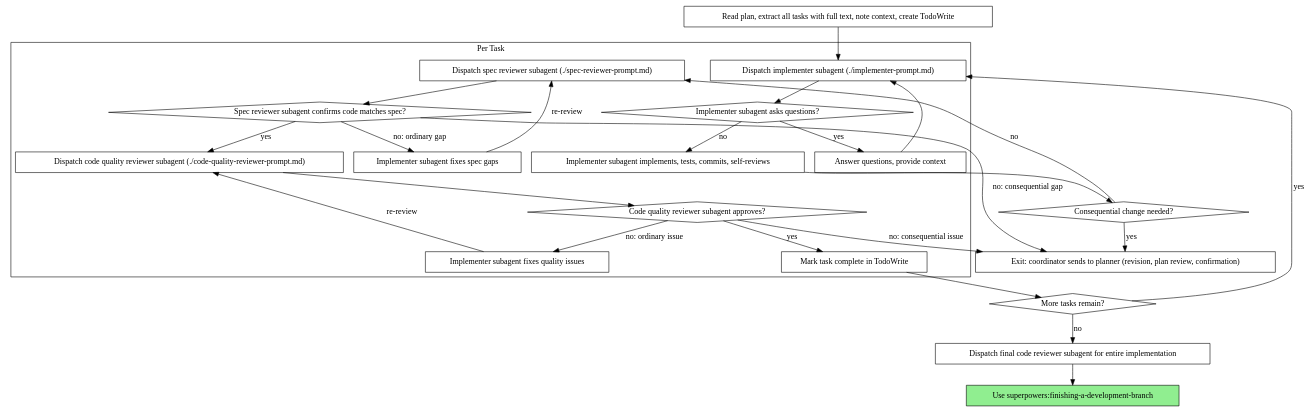
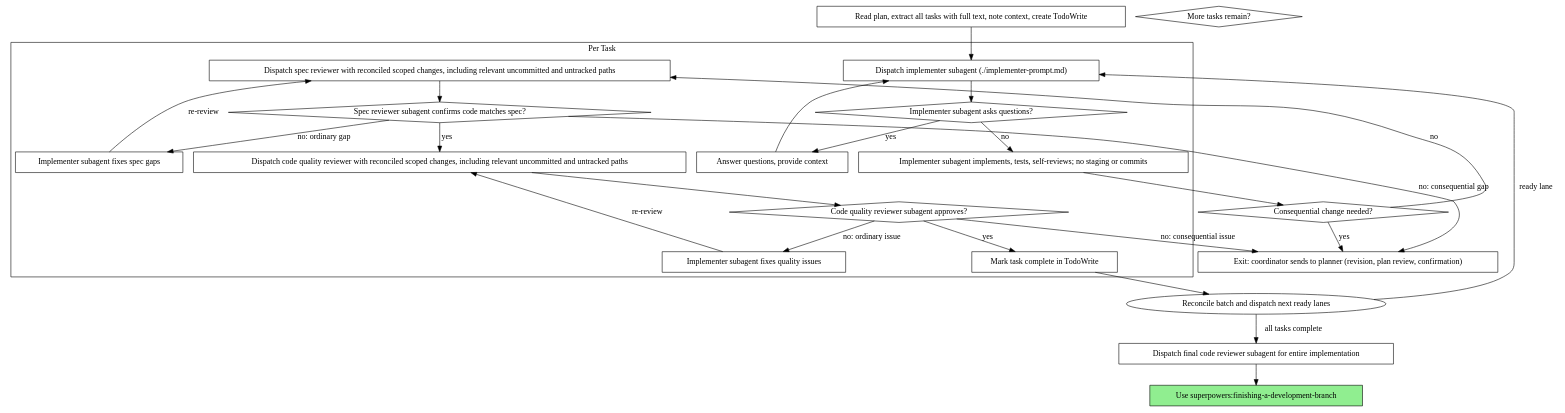
One commit to ninjasitm/ai-assisted-dev-toolkit changed the second of 2 diagrams in src/monorepo/.agents/skills/subagent-driven-development/SKILL.md. Above: the diagram before and after it, drawn with Graphviz. The commit also changed other lines of this file and 36 other files, not shown here.

````diff
--- a/src/monorepo/.agents/skills/subagent-driven-development/SKILL.md
+++ b/src/monorepo/.agents/skills/subagent-driven-development/SKILL.md
@@ -45,51 +51,51 @@
 ```dot
 digraph process {
     rankdir=TB;
 
     subgraph cluster_per_task {
         label="Per Task";
         "Dispatch implementer subagent (./implementer-prompt.md)" [shape=box];
         "Implementer subagent asks questions?" [shape=diamond];
         "Answer questions, provide context" [shape=box];
-        "Implementer subagent implements, tests, commits, self-reviews" [shape=box];
-        "Dispatch spec reviewer subagent (./spec-reviewer-prompt.md)" [shape=box];
+        "Implementer subagent implements, tests, self-reviews; no staging or commits" [shape=box];
+        "Dispatch spec reviewer with reconciled scoped changes, including relevant uncommitted and untracked paths" [shape=box];
         "Spec reviewer subagent confirms code matches spec?" [shape=diamond];
         "Implementer subagent fixes spec gaps" [shape=box];
-        "Dispatch code quality reviewer subagent (./code-quality-reviewer-prompt.md)" [shape=box];
+        "Dispatch code quality reviewer with reconciled scoped changes, including relevant uncommitted and untracked paths" [shape=box];
         "Code quality reviewer subagent approves?" [shape=diamond];
         "Implementer subagent fixes quality issues" [shape=box];
         "Mark task complete in TodoWrite" [shape=box];
     }
 
     "Read plan, extract all tasks with full text, note context, create TodoWrite" [shape=box];
     "More tasks remain?" [shape=diamond];
     "Dispatch final code reviewer subagent for entire implementation" [shape=box];
     "Use superpowers:finishing-a-development-branch" [shape=box style=filled fillcolor=lightgreen];
 
     "Consequential change needed?" [shape=diamond];
     "Exit: coordinator sends to planner (revision, plan review, confirmation)" [shape=box];
 
     "Read plan, extract all tasks with full text, note context, create TodoWrite" -> "Dispatch implementer subagent (./implementer-prompt.md)";
     "Dispatch implementer subagent (./implementer-prompt.md)" -> "Implementer subagent asks questions?";
     "Implementer subagent asks questions?" -> "Answer questions, provide context" [label="yes"];
     "Answer questions, provide context" -> "Dispatch implementer subagent (./implementer-prompt.md)";
-    "Implementer subagent asks questions?" -> "Implementer subagent implements, tests, commits, self-reviews" [label="no"];
-    "Implementer subagent implements, tests, commits, self-reviews" -> "Consequential change needed?";
+    "Implementer subagent asks questions?" -> "Implementer subagent implements, tests, self-reviews; no staging or commits" [label="no"];
+    "Implementer subagent implements, tests, self-reviews; no staging or commits" -> "Consequential change needed?";
     "Consequential change needed?" -> "Exit: coordinator sends to planner (revision, plan review, confirmation)" [label="yes"];
-    "Consequential change needed?" -> "Dispatch spec reviewer subagent (./spec-reviewer-prompt.md)" [label="no"];
-    "Dispatch spec reviewer subagent (./spec-reviewer-prompt.md)" -> "Spec reviewer subagent confirms code matches spec?";
+    "Consequential change needed?" -> "Dispatch spec reviewer with reconciled scoped changes, including relevant uncommitted and untracked paths" [label="no"];
+    "Dispatch spec reviewer with reconciled scoped changes, including relevant uncommitted and untracked paths" -> "Spec reviewer subagent confirms code matches spec?";
     "Spec reviewer subagent confirms code matches spec?" -> "Implementer subagent fixes spec gaps" [label="no: ordinary gap"];
     "Spec reviewer subagent confirms code matches spec?" -> "Exit: coordinator sends to planner (revision, plan review, confirmation)" [label="no: consequential gap"];
-    "Implementer subagent fixes spec gaps" -> "Dispatch spec reviewer subagent (./spec-reviewer-prompt.md)" [label="re-review"];
-    "Spec reviewer subagent confirms code matches spec?" -> "Dispatch code quality reviewer subagent (./code-quality-reviewer-prompt.md)" [label="yes"];
-    "Dispatch code quality reviewer subagent (./code-quality-reviewer-prompt.md)" -> "Code quality reviewer subagent approves?";
+    "Implementer subagent fixes spec gaps" -> "Dispatch spec reviewer with reconciled scoped changes, including relevant uncommitted and untracked paths" [label="re-review"];
+    "Spec reviewer subagent confirms code matches spec?" -> "Dispatch code quality reviewer with reconciled scoped changes, including relevant uncommitted and untracked paths" [label="yes"];
+    "Dispatch code quality reviewer with reconciled scoped changes, including relevant uncommitted and untracked paths" -> "Code quality reviewer subagent approves?";
     "Code quality reviewer subagent approves?" -> "Implementer subagent fixes quality issues" [label="no: ordinary issue"];
     "Code quality reviewer subagent approves?" -> "Exit: coordinator sends to planner (revision, plan review, confirmation)" [label="no: consequential issue"];
-    "Implementer subagent fixes quality issues" -> "Dispatch code quality reviewer subagent (./code-quality-reviewer-prompt.md)" [label="re-review"];
+    "Implementer subagent fixes quality issues" -> "Dispatch code quality reviewer with reconciled scoped changes, including relevant uncommitted and untracked paths" [label="re-review"];
     "Code quality reviewer subagent approves?" -> "Mark task complete in TodoWrite" [label="yes"];
-    "Mark task complete in TodoWrite" -> "More tasks remain?";
-    "More tasks remain?" -> "Dispatch implementer subagent (./implementer-prompt.md)" [label="yes"];
-    "More tasks remain?" -> "Dispatch final code reviewer subagent for entire implementation" [label="no"];
+    "Mark task complete in TodoWrite" -> "Reconcile batch and dispatch next ready lanes";
+    "Reconcile batch and dispatch next ready lanes" -> "Dispatch implementer subagent (./implementer-prompt.md)" [label="ready lane"];
+    "Reconcile batch and dispatch next ready lanes" -> "Dispatch final code reviewer subagent for entire implementation" [label="all tasks complete"];
     "Dispatch final code reviewer subagent for entire implementation" -> "Use superpowers:finishing-a-development-branch";
 }
 ```
````
